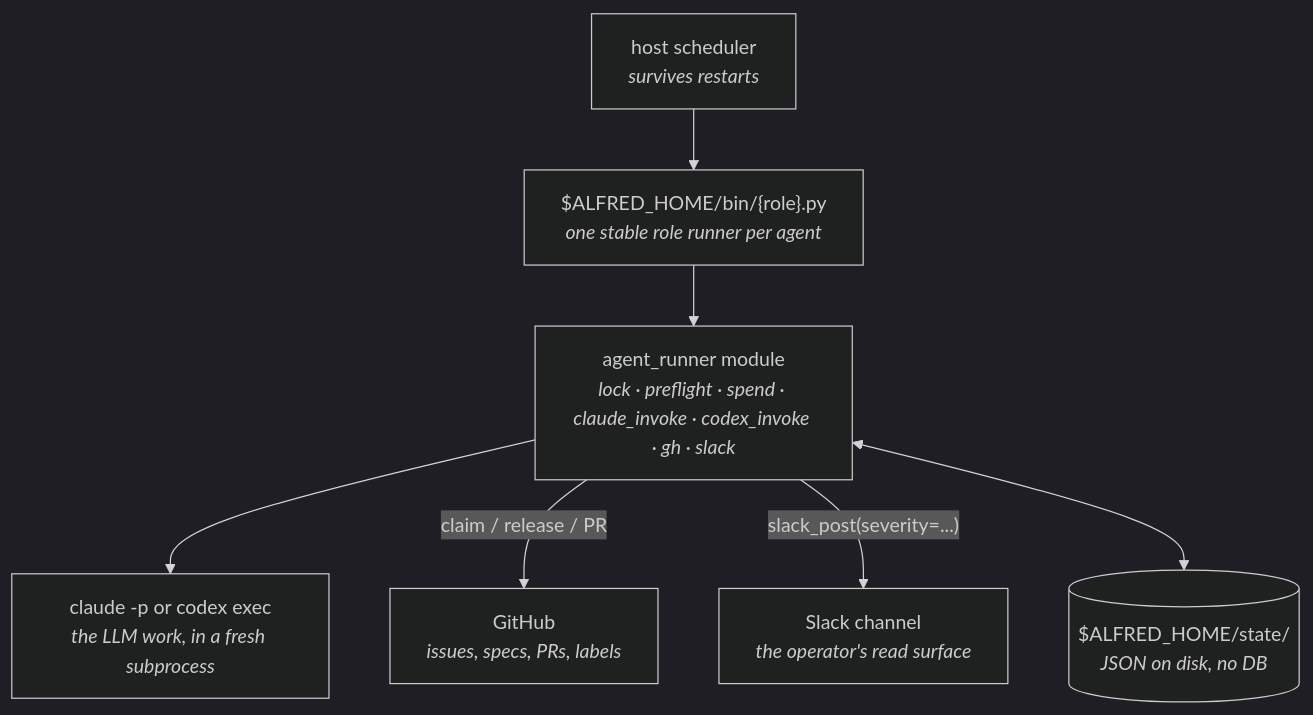
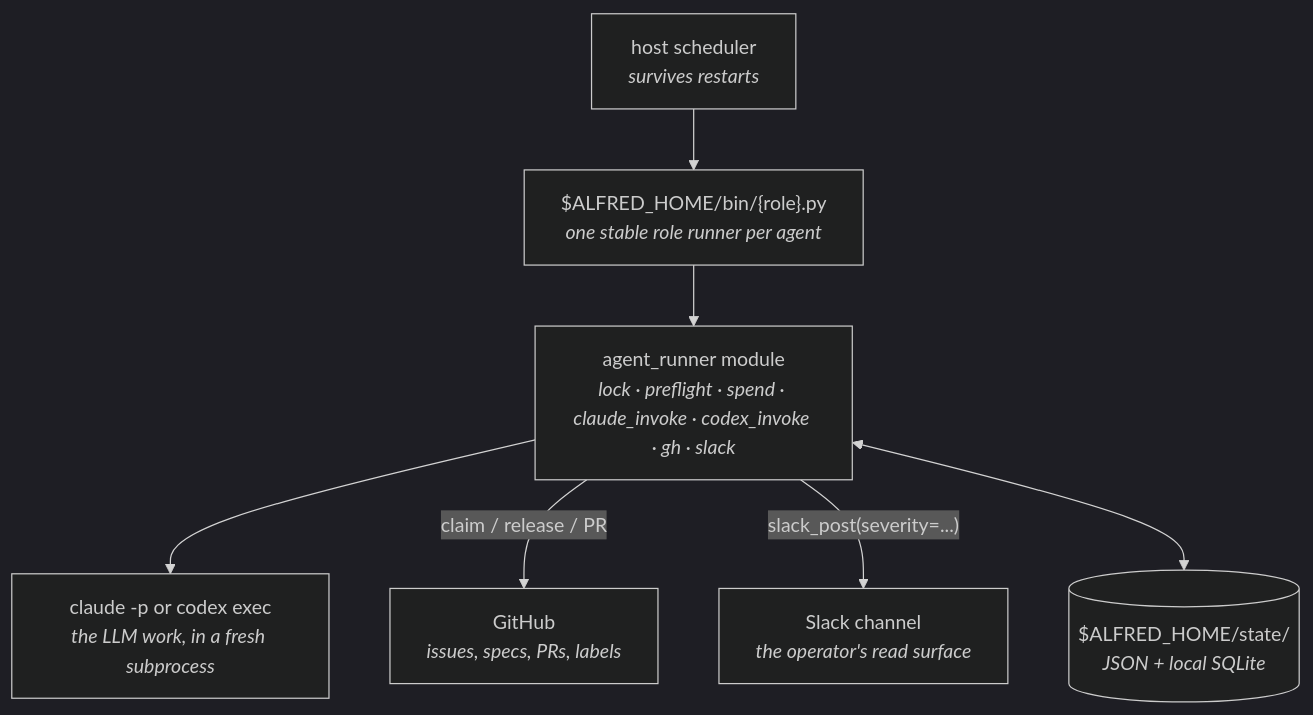
The diagram in site/src/content/docs/docs.mdx (luminik-io/alfred-os), drawn with Mermaid (dark theme) before and after one commit. The commit also changed other lines of this file and 47 other files, not shown here.

````diff
--- a/site/src/content/docs/docs.mdx
+++ b/site/src/content/docs/docs.mdx
@@ -38,15 +40,15 @@
 ```mermaid
 flowchart TB
     scheduler["host scheduler<br/><i>survives restarts</i>"]
     role["$ALFRED_HOME/bin/{role}.py<br/><i>one stable role runner per agent</i>"]
     runner["agent_runner module<br/><i>lock · preflight · spend · claude_invoke · codex_invoke · gh · slack</i>"]
     engine["claude -p or codex exec<br/><i>the LLM work, in a fresh subprocess</i>"]
     gh["GitHub<br/><i>issues, specs, PRs, labels</i>"]
     slack["Slack channel<br/><i>the operator's read surface</i>"]
-    state[("$ALFRED_HOME/state/<br/><i>JSON on disk, no DB</i>")]
+    state[("$ALFRED_HOME/state/<br/><i>JSON + local SQLite</i>")]
 
     scheduler --> role --> runner --> engine
     runner -- "claim / release / PR" --> gh
     runner -- "slack_post(severity=...)" --> slack
     runner <--> state
 ```
````
